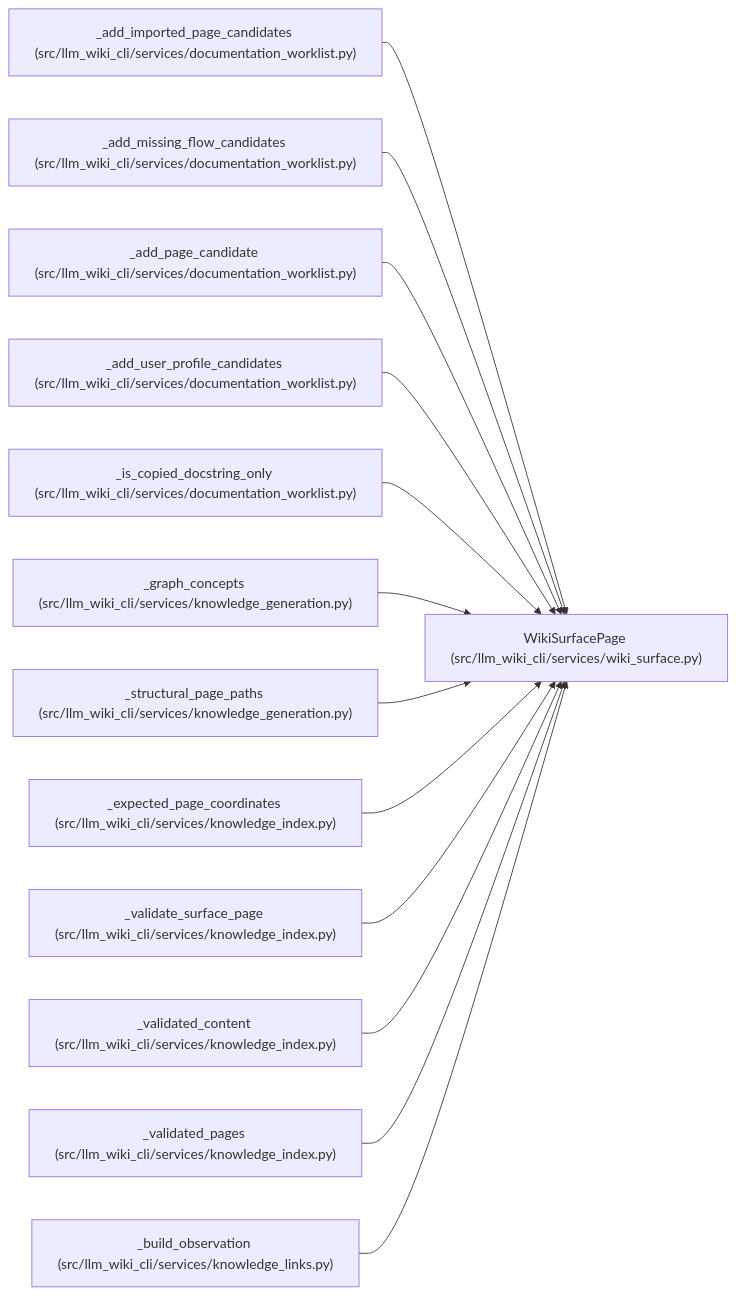
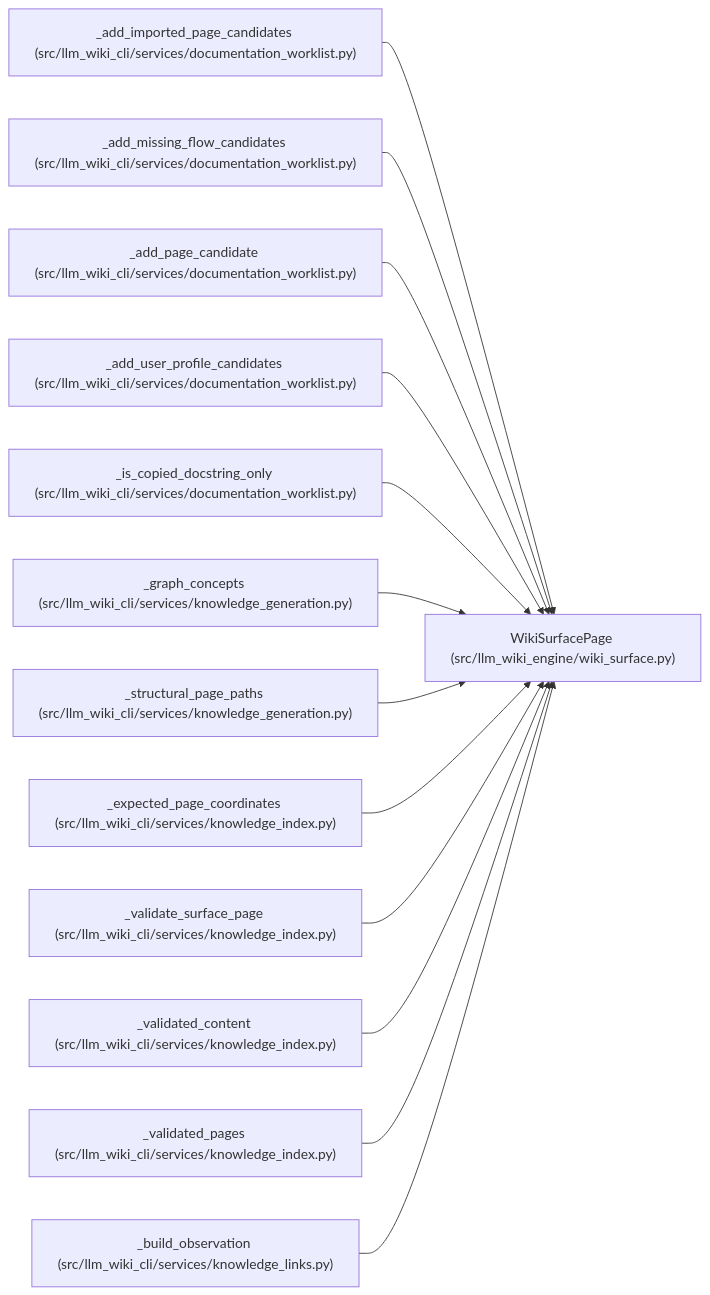
One commit to Denissvgn/python-wiki-llm changed the diagram in docs/llm_wiki/entities/WikiSurfacePage.md. Above: the diagram before and after it, drawn with Mermaid. The commit also changed other lines of this file and 1103 other files, not shown here.

First line of the commit message:
docs: refresh the wiki for the llm-wiki-engine distribution

````diff
--- a/docs/llm_wiki/entities/WikiSurfacePage.md
+++ b/docs/llm_wiki/entities/WikiSurfacePage.md
@@ -34,41 +34,41 @@
 ```mermaid
 flowchart LR
-    n0["WikiSurfacePage (src/llm_wiki_cli/services/wiki_surface.py)"]
+    n0["WikiSurfacePage (src/llm_wiki_engine/wiki_surface.py)"]
     n1["_add_imported_page_candidates (src/llm_wiki_cli/services/documentation_worklist.py)"]
     n2["_add_missing_flow_candidates (src/llm_wiki_cli/services/documentation_worklist.py)"]
     n3["_add_page_candidate (src/llm_wiki_cli/services/documentation_worklist.py)"]
     n4["_add_user_profile_candidates (src/llm_wiki_cli/services/documentation_worklist.py)"]
     n5["_is_copied_docstring_only (src/llm_wiki_cli/services/documentation_worklist.py)"]
     n6["_graph_concepts (src/llm_wiki_cli/services/knowledge_generation.py)"]
     n7["_structural_page_paths (src/llm_wiki_cli/services/knowledge_generation.py)"]
     n8["_expected_page_coordinates (src/llm_wiki_cli/services/knowledge_index.py)"]
     n9["_validate_surface_page (src/llm_wiki_cli/services/knowledge_index.py)"]
     n10["_validated_content (src/llm_wiki_cli/services/knowledge_index.py)"]
     n11["_validated_pages (src/llm_wiki_cli/services/knowledge_index.py)"]
     n12["_build_observation (src/llm_wiki_cli/services/knowledge_links.py)"]
     n1 --> n0
     n2 --> n0
     n3 --> n0
     n4 --> n0
     n5 --> n0
     n6 --> n0
     n7 --> n0
     n8 --> n0
     n9 --> n0
     n10 --> n0
     n11 --> n0
     n12 --> n0
     click n0 "../modules/wiki_surface.md"
     click n1 "../modules/documentation_worklist.md"
     click n2 "../modules/documentation_worklist.md"
     click n3 "../modules/documentation_worklist.md"
     click n4 "../modules/documentation_worklist.md"
     click n5 "../modules/documentation_worklist.md"
     click n6 "../modules/knowledge_generation.md"
     click n7 "../modules/knowledge_generation.md"
     click n8 "../modules/knowledge_index.md"
     click n9 "../modules/knowledge_index.md"
     click n10 "../modules/knowledge_index.md"
     click n11 "../modules/knowledge_index.md"
     click n12 "../modules/knowledge_links.md"
 ```
````
